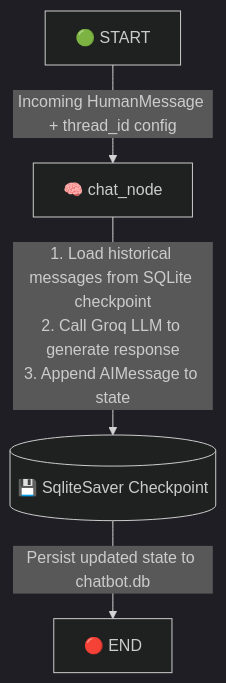
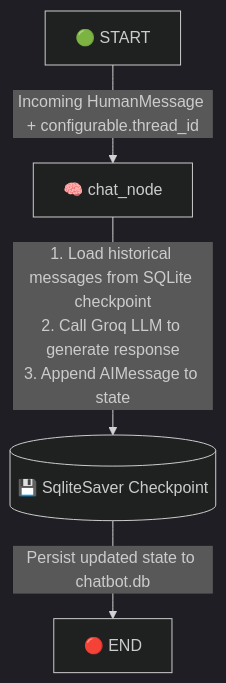
Before and after one commit to vijayypandit/langgraph-chatbot-ai: the second of 4 diagrams in README.md, drawn with Mermaid (dark theme). The commit also changed other lines of this file, not shown here.

Commit message:
Updated : Readme files

````diff
--- a/README.md
+++ b/README.md
@@ -40,6 +40,6 @@
 ```mermaid
 flowchart TD
-  START["🟢 START"] -->|"Incoming HumanMessage + thread_id config"| ChatNode["🧠 chat_node"]
+  START["🟢 START"] -->|"Incoming HumanMessage + configurable.thread_id"| ChatNode["🧠 chat_node"]
   ChatNode -->|"1. Load historical messages from SQLite checkpoint\n2. Call Groq LLM to generate response\n3. Append AIMessage to state"| CP[("💾 SqliteSaver Checkpoint")]
   CP -->|"Persist updated state to chatbot.db"| END_NODE["🔴 END"]
 ```
````
